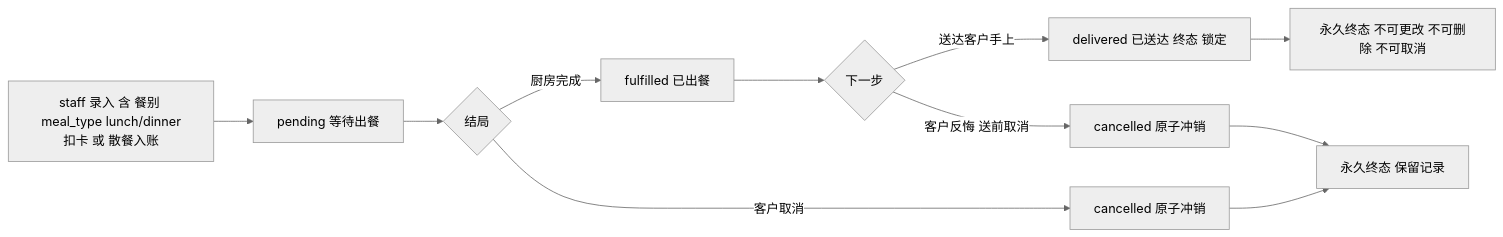
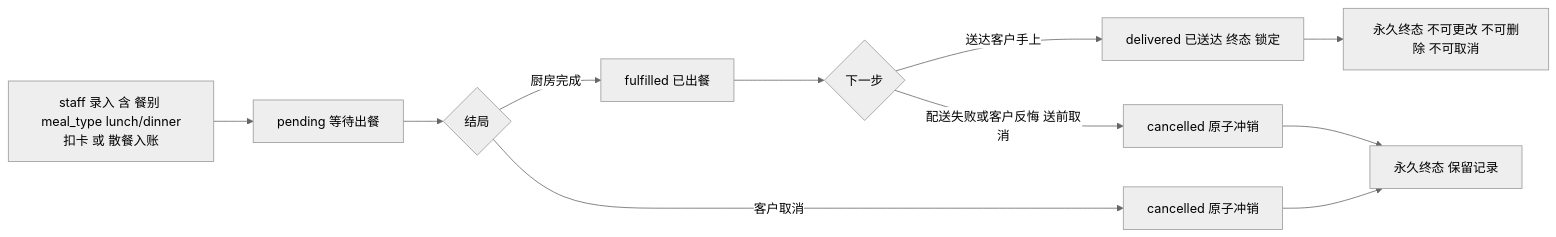
Before and after one commit to rNLKJA/Order-Management-System: the sixth of 31 diagrams in doc/PROCESS.md, drawn with Mermaid (neutral theme). The commit also changed other lines of this file and 15 other files, not shown here.

First line of the commit message:
feat(mobile,api,docs): refine order flow and UI consistency

````diff
--- a/doc/PROCESS.md
+++ b/doc/PROCESS.md
@@ -266,13 +266,13 @@
 ```mermaid
 flowchart LR
     create[staff 录入 含 餐别 meal_type lunch/dinner\n扣卡 或 散餐入账] --> pend[pending 等待出餐]
     pend --> choose{结局}
     choose -- 厨房完成 --> ful[fulfilled 已出餐]
     choose -- 客户取消 --> can1[cancelled 原子冲销]
     ful --> next{下一步}
     next -- 送达客户手上 --> deliv[delivered 已送达 终态 锁定]
-    next -- 客户反悔 送前取消 --> can2[cancelled 原子冲销]
+    next -- 配送失败或客户反悔 送前取消 --> can2[cancelled 原子冲销]
     deliv --> end0[永久终态 不可更改 不可删除 不可取消]
     can1 --> end2[永久终态 保留记录]
     can2 --> end2
 ```
````
